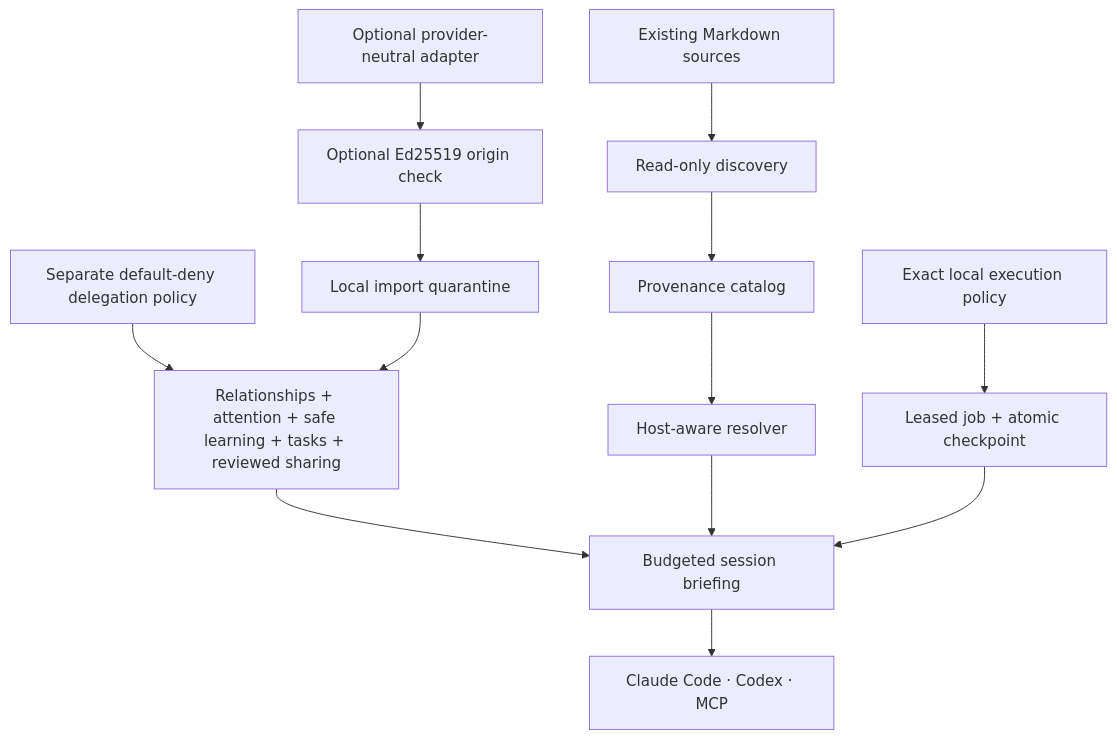
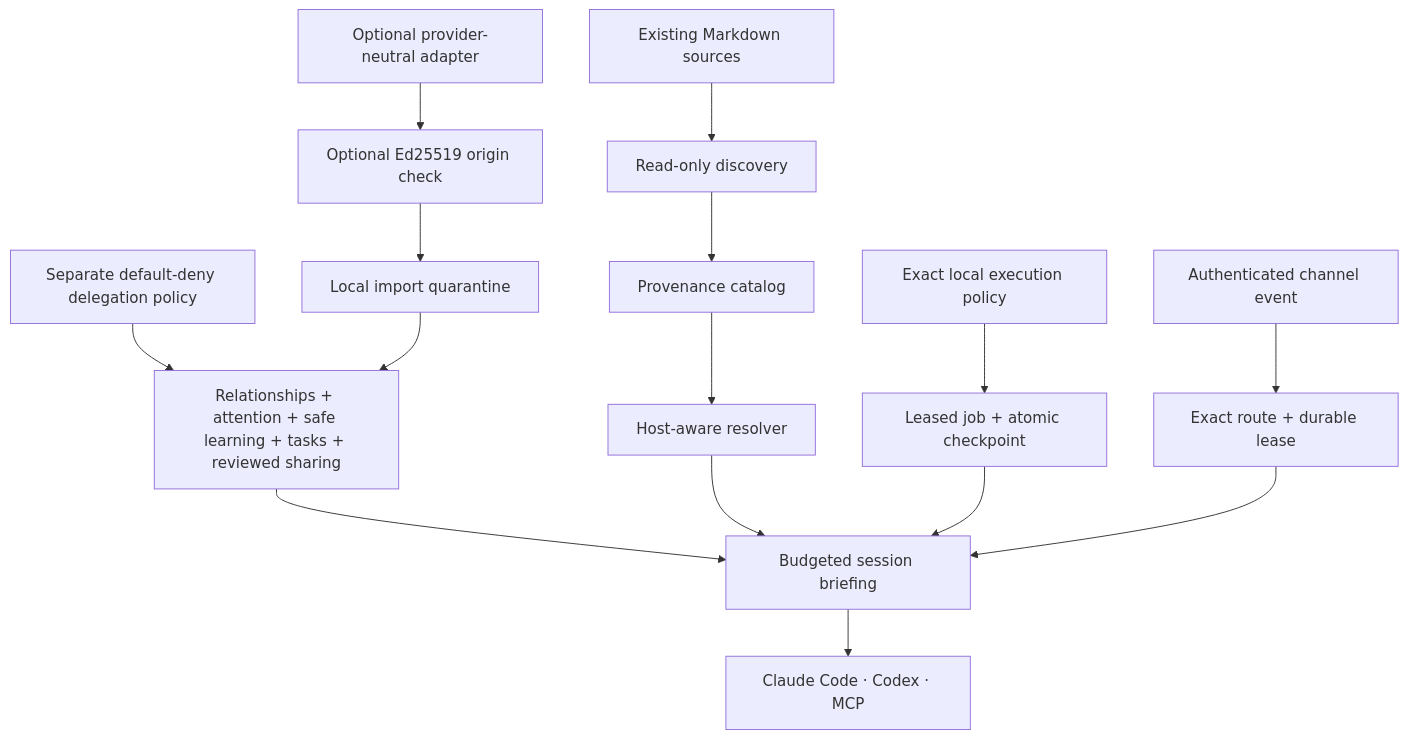
Before and after one commit to Maykbiletti/AgentSpine: the first of 2 diagrams in README.md, drawn with Mermaid. The commit also changed other lines of this file and 50 other files, not shown here.

````diff
--- a/README.md
+++ b/README.md
@@ -30,12 +30,13 @@
 ```mermaid
 flowchart TB
     A["Existing Markdown sources"] --> B["Read-only discovery"]
     B --> C["Provenance catalog"]
     C --> D["Host-aware resolver"]
     F["Relationships + attention + safe learning + tasks + reviewed sharing"] --> G["Budgeted session briefing"]
     D --> G
     P["Separate default-deny delegation policy"] --> F
     Y["Exact local execution policy"] --> J["Leased job + atomic checkpoint"] --> G
+    W["Authenticated channel event"] --> K["Exact route + durable lease"] --> G
     X["Optional provider-neutral adapter"] --> S["Optional Ed25519 origin check"] --> Q["Local import quarantine"] --> F
     G --> E["Claude Code · Codex · MCP"]
 ```
````
